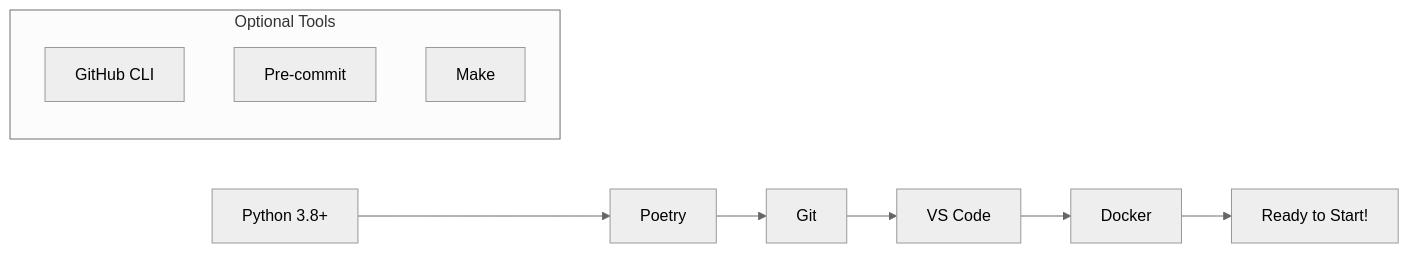
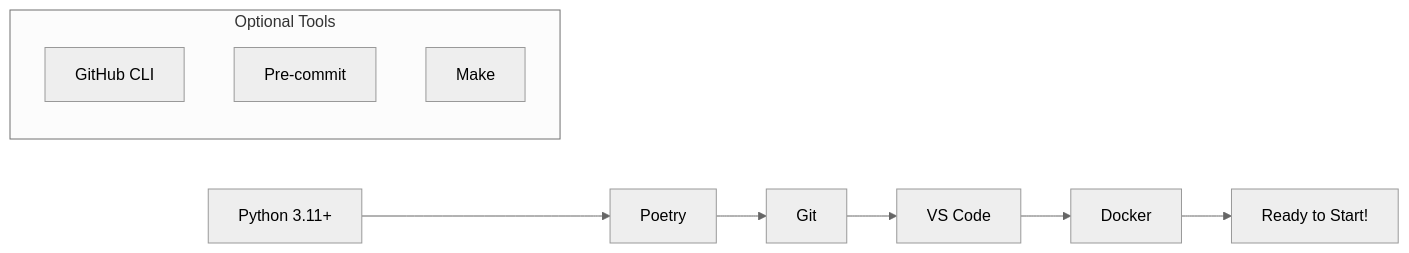
One commit to kennedym-ds/cicd_demo changed the first of 3 diagrams in docs/source/getting-started.md. Above: the diagram before and after it, drawn with Mermaid (neutral theme). The commit also changed other lines of this file and 15 other files, not shown here.

````diff
--- a/docs/source/getting-started.md
+++ b/docs/source/getting-started.md
@@ -9,14 +9,14 @@
 ```mermaid
 graph LR
-    A[Python 3.8+] --> B[Poetry]
+    A[Python 3.11+] --> B[Poetry]
     B --> C[Git]
     C --> D[VS Code]
     D --> E[Docker]
     E --> F[Ready to Start!]
 
     subgraph "Optional Tools"
         G[GitHub CLI]
         H[Pre-commit]
         I[Make]
     end
 ```
````
